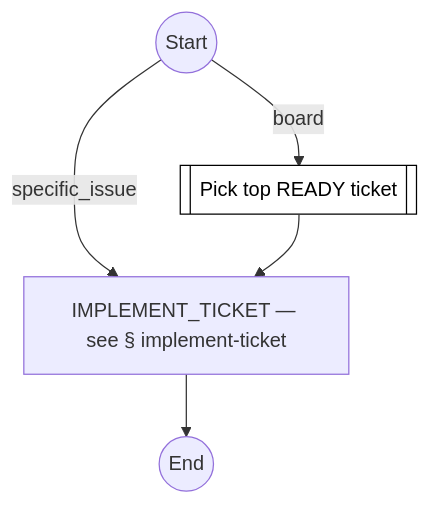
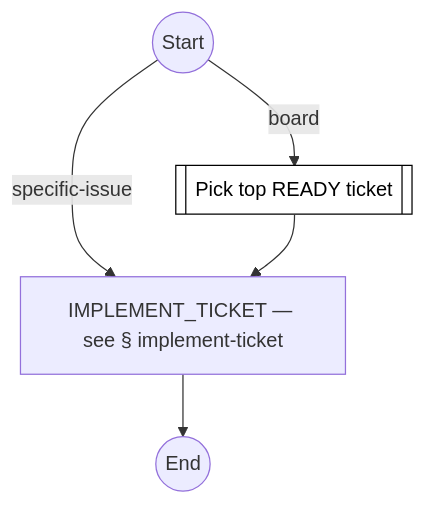
Before and after one commit to optivem/gh-optivem: the second of 50 diagrams in docs/process-diagram.md, drawn with Mermaid. The commit also changed other lines of this file, not shown here.

First line of the commit message:
docs: regenerate process-flow diagram after subtype rename

````diff
--- a/docs/process-diagram.md
+++ b/docs/process-diagram.md
@@ -42,15 +42,15 @@
 ```mermaid
 flowchart TD
     END((End))
     IMPLEMENT_TICKET[IMPLEMENT_TICKET — see § implement-ticket]
     PICK_TOP_READY[[Pick top READY ticket]]
     START((Start))
 
     START -- board --> PICK_TOP_READY
-    START -- specific_issue --> IMPLEMENT_TICKET
+    START -- specific-issue --> IMPLEMENT_TICKET
     PICK_TOP_READY --> IMPLEMENT_TICKET
     IMPLEMENT_TICKET --> END
 
     classDef serviceNode fill:#ffffff,stroke:#000000,stroke-width:1px,color:#000000
     class PICK_TOP_READY serviceNode
 ```
````
